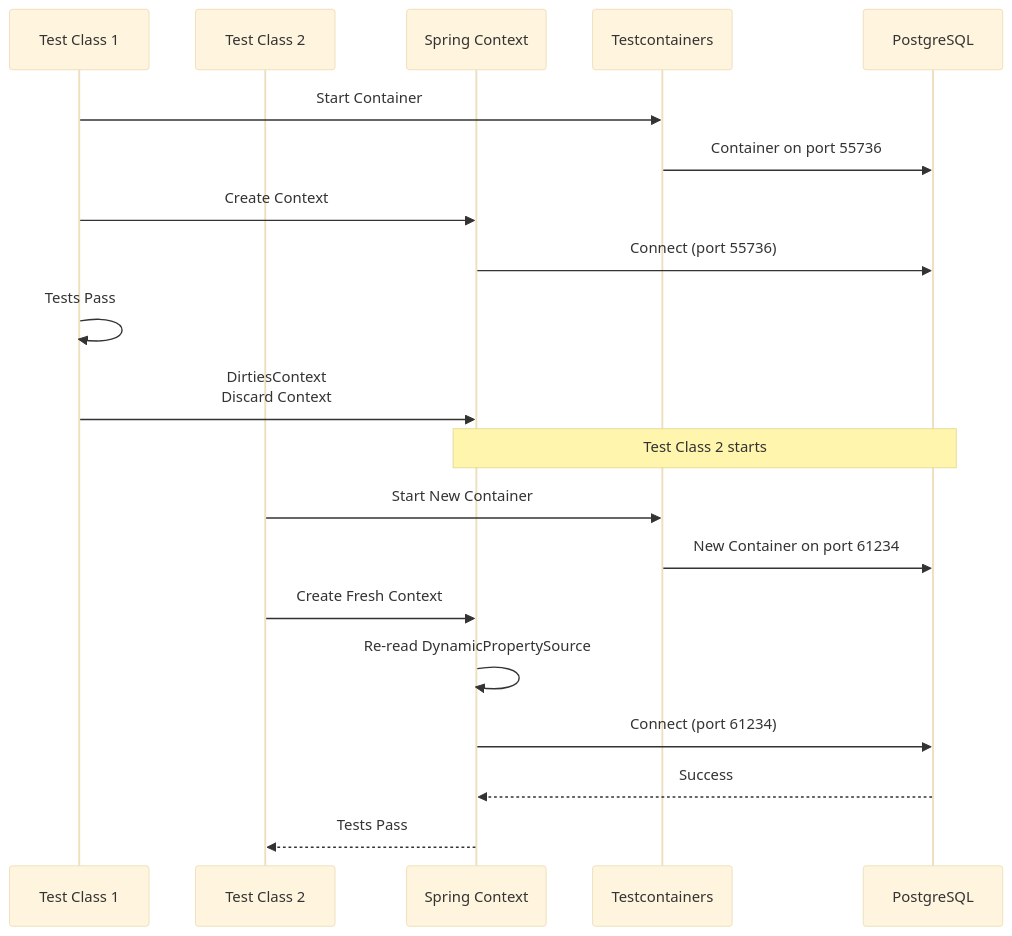
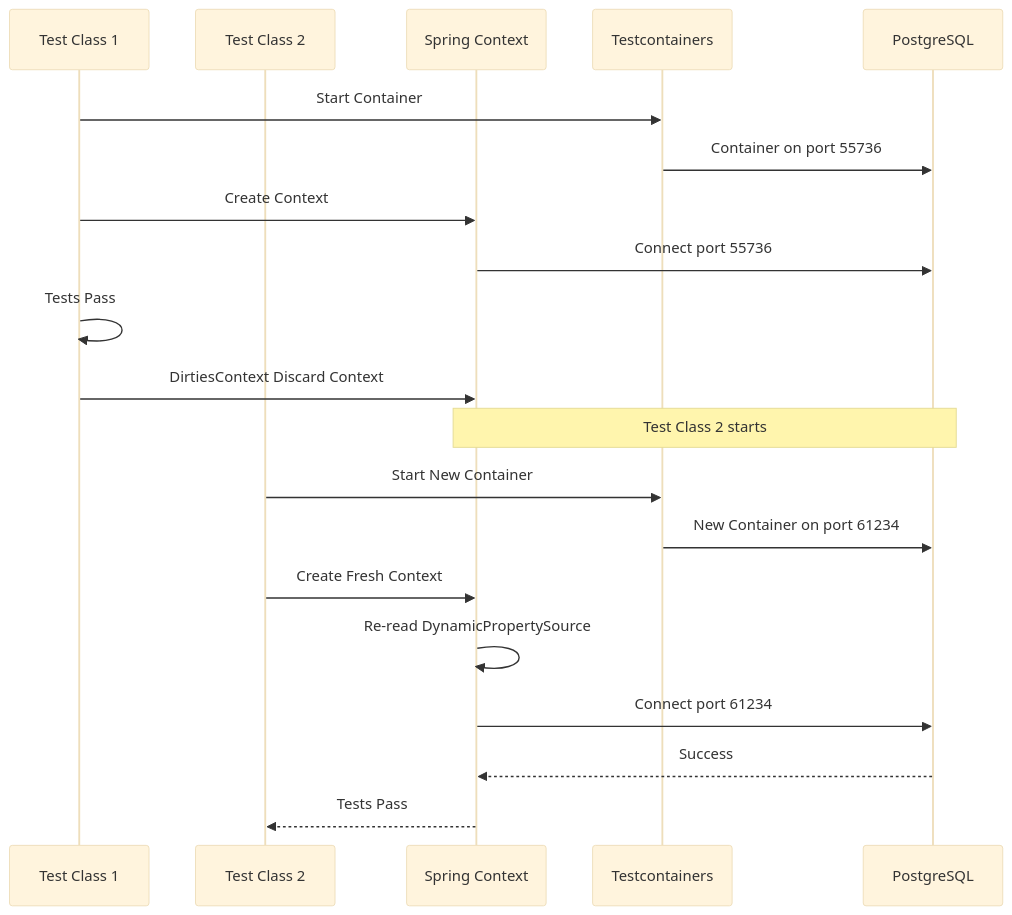
Before and after one commit to DCRC95/Event-Analytics-Processing-API: the eighth of 8 diagrams in Overview.md, drawn with Mermaid (base theme). The commit also changed other lines of this file, not shown here.

Commit message:
fix mermaid error#

````diff
--- a/Overview.md
+++ b/Overview.md
@@ -573,25 +575,25 @@
 ```mermaid
 sequenceDiagram
     participant T1 as Test Class 1
     participant T2 as Test Class 2
     participant SC as Spring Context
     participant TC as Testcontainers
     participant DB as PostgreSQL
     
     T1->>TC: Start Container
     TC->>DB: Container on port 55736
     T1->>SC: Create Context
-    SC->>DB: Connect (port 55736)
+    SC->>DB: Connect port 55736
     T1->>T1: Tests Pass
-    T1->>SC: DirtiesContext<br/>Discard Context
+    T1->>SC: DirtiesContext Discard Context
     
     Note over SC,DB: Test Class 2 starts
     
     T2->>TC: Start New Container
     TC->>DB: New Container on port 61234
     T2->>SC: Create Fresh Context
     SC->>SC: Re-read DynamicPropertySource
-    SC->>DB: Connect (port 61234)
+    SC->>DB: Connect port 61234
     DB-->>SC: Success
     SC-->>T2: Tests Pass
 ```
````
